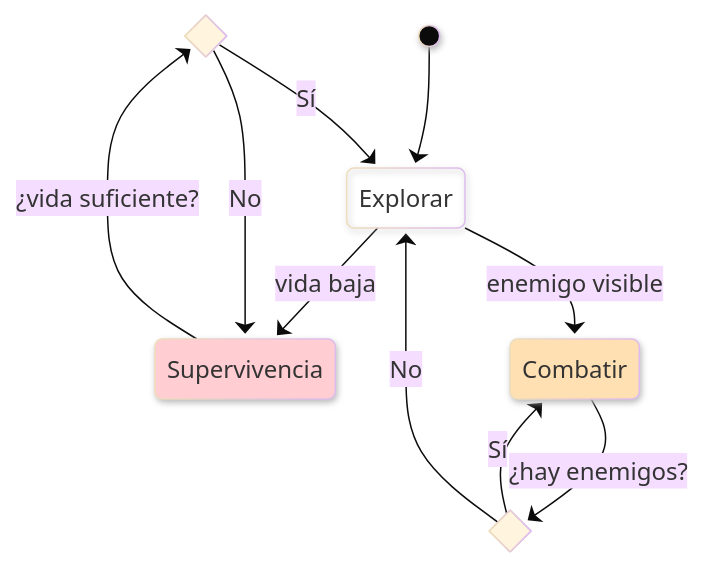
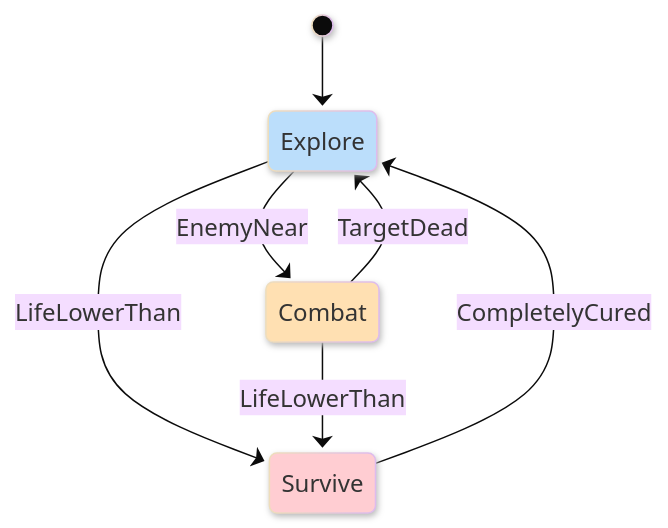
One commit to Kang-Hsi/hfsm-bt changed the second of 5 diagrams in README.md. Above: the diagram before and after it, drawn with Mermaid. The commit also changed other lines of this file, not shown here.

````diff
--- a/README.md
+++ b/README.md
@@ -485,28 +486,22 @@
 ```mermaid
 ---
 config:
   theme: base
   look: neo
 ---
 stateDiagram
   direction TB
-  state VidaSuficiente? <<choice>>
-  state HayEnemigo? <<choice>>
 
-  [*] --> Explorar
+  [*] --> Explore
+  Explore --> Combat: EnemyNear
+  Explore --> Survive: LifeLowerThan
 
-  Explorar --> Supervivencia: vida baja
-  Explorar --> Combatir: enemigo visible
+  Combat --> Explore: TargetDead
+  Combat --> Survive: LifeLowerThan
 
-  Supervivencia --> VidaSuficiente?: ¿vida suficiente?
-  VidaSuficiente? --> Supervivencia: No
-  VidaSuficiente? --> Explorar: Sí
+  Survive --> Explore: CompletelyCured
 
-  Combatir --> HayEnemigo?: ¿hay enemigos?
-  HayEnemigo? --> Combatir: Sí
-  HayEnemigo? --> Explorar: No
-
-  style Explorar fill:transparent
-  style Supervivencia fill:#FFCDD2
-  style Combatir fill:#FFE0B2
+  style Explore fill:#BBDEFB
+  style Combat fill:#FFE0B2
+  style Survive fill:#FFCDD2
 ```
````
